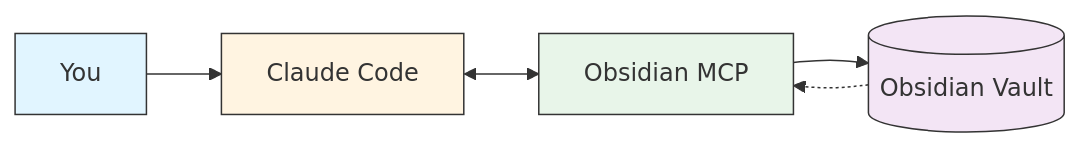
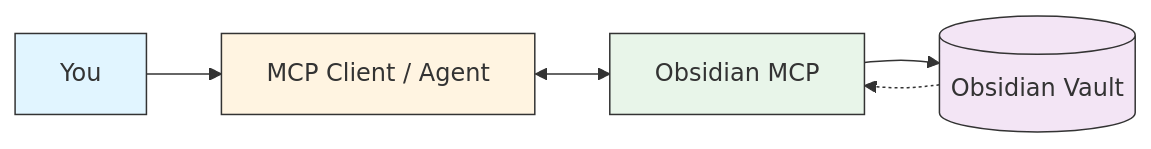
Before and after one commit to punparin/obsidian-mcp: the first of 3 diagrams in README.md, drawn with Mermaid. The commit also changed other lines of this file, not shown here.

Commit message:
docs: decouple readme from claude code (#29)

````diff
--- a/README.md
+++ b/README.md
@@ -7,22 +7,22 @@
 ```mermaid
 flowchart LR
     User[You]
-    Claude[Claude Code]
+    Agent[MCP Client / Agent]
     Server[Obsidian MCP]
     Vault[(Obsidian Vault)]
 
-    User --> Claude
-    Claude <--> Server
+    User --> Agent
+    Agent <--> Server
     Server --> Vault
     Vault -.-> Server
 
     classDef user fill:#e1f5ff,stroke:#333
     classDef ai fill:#fff4e1,stroke:#333
     classDef mcp fill:#e8f5e9,stroke:#333
     classDef store fill:#f3e5f5,stroke:#333
 
     class User user
-    class Claude ai
+    class Agent ai
     class Server mcp
     class Vault store
 ```
````
